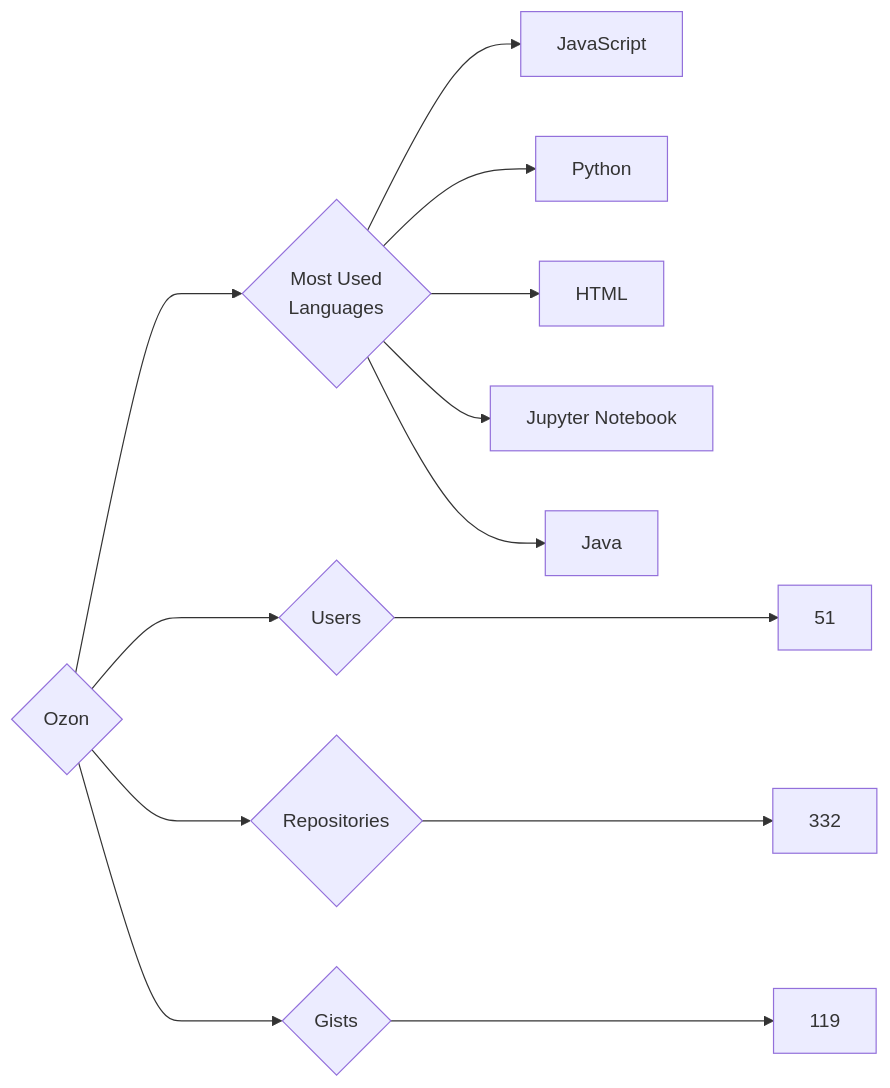
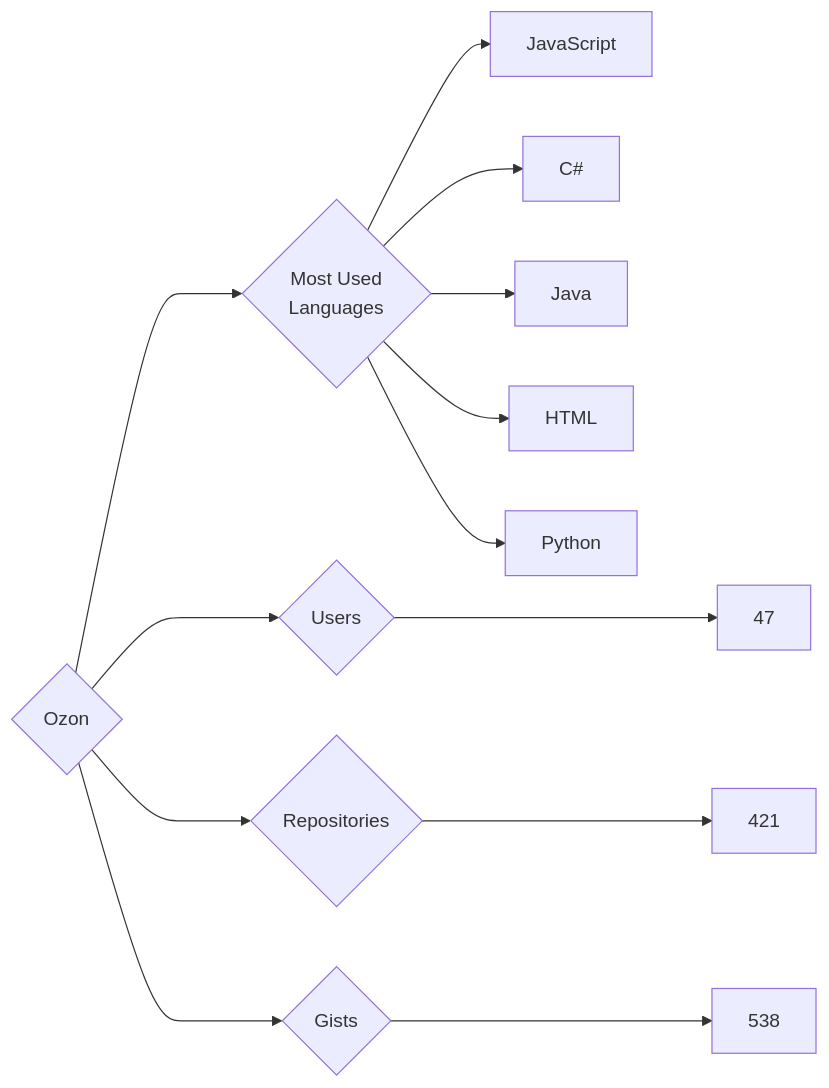
One commit to trickest/insiders changed the diagram in targets/Ozon/README.md. Above: the diagram before and after it, drawn with Mermaid. The commit also changed 953 other files, not shown here.

````diff
--- a/targets/Ozon/README.md
+++ b/targets/Ozon/README.md
@@ -3,13 +3,13 @@
 ```mermaid
 graph LR
 COMPANY_NAME{Ozon}
-COMPANY_NAME ---> U{Users} ---> UN[51]
-COMPANY_NAME ---> R{Repositories} ---> RN[332]
-COMPANY_NAME ---> G{Gists} ---> GN[119]
+COMPANY_NAME ---> U{Users} ---> UN[47]
+COMPANY_NAME ---> R{Repositories} ---> RN[421]
+COMPANY_NAME ---> G{Gists} ---> GN[538]
 COMPANY_NAME ---> ML{Most Used<br>Languages}
 ML --> JavaScript[JavaScript]
+ML --> C#[C#]
+ML --> Java[Java]
+ML --> HTML[HTML]
 ML --> Python[Python]
-ML --> HTML[HTML]
-ML --> Jupyter_Notebook[Jupyter Notebook]
-ML --> Java[Java]
 ```
````
